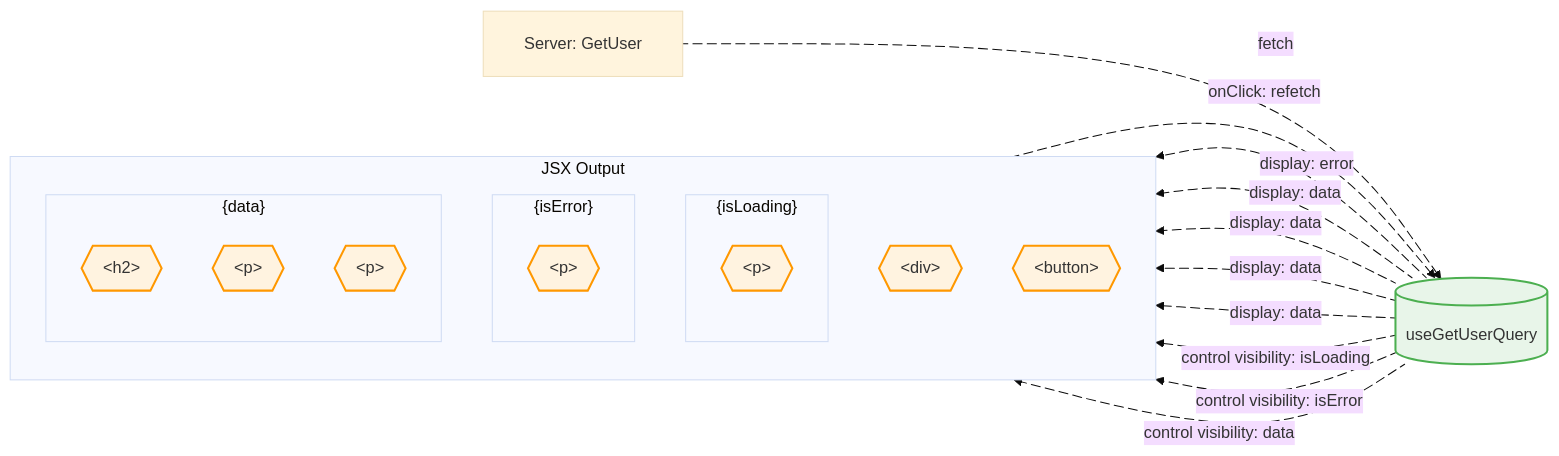
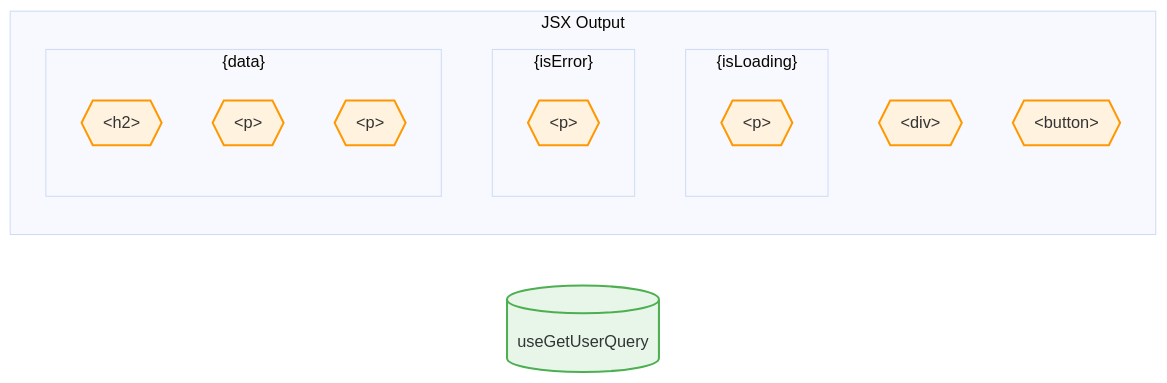
The diagram in examples/react-vite/src/components/200-RTKQuery-APIEndpoint.mmd (shibukawa/web-component-analyzer), drawn with Mermaid before and after one commit. The commit also changed 56 other files, not shown here.

```diff
--- a/examples/react-vite/src/components/200-RTKQuery-APIEndpoint.mmd
+++ b/examples/react-vite/src/components/200-RTKQuery-APIEndpoint.mmd
@@ -1,71 +1,50 @@
 %%{init: {'theme': 'base', 'themeVariables': {'fontFamily': 'Comic Sans MS, cursive'}, 'flowchart': {'curve': 'basis', 'padding': 20}}}%%
 flowchart LR
-  server_0["Server: GetUser"]
-  library_hook_1[("useGetUserQuery")]
+  composable_0[("useGetUserQuery")]
   jsx_element_0["p"]
   jsx_element_1["p"]
   jsx_element_6["div"]
   jsx_element_2["h2"]
   jsx_element_3["p"]
   jsx_element_4["p"]
   jsx_element_5["button"]
   subgraph_1@{ shape: hex, label: "{isLoading}" }
   subgraph_2@{ shape: hex, label: "{isError}" }
   subgraph_3@{ shape: hex, label: "{data}" }
   subgraph subgraph_0["JSX Output"]
     direction TB
     subgraph subgraph_1["{isLoading}"]
       direction TB
         jsx_element_0@{ shape: hex, label: "&lt;p&gt;" }
     end
     subgraph subgraph_2["{isError}"]
       direction TB
         jsx_element_1@{ shape: hex, label: "&lt;p&gt;" }
     end
       jsx_element_6@{ shape: hex, label: "&lt;div&gt;" }
     subgraph subgraph_3["{data}"]
       direction TB
         jsx_element_2@{ shape: hex, label: "&lt;h2&gt;" }
         jsx_element_3@{ shape: hex, label: "&lt;p&gt;" }
         jsx_element_4@{ shape: hex, label: "&lt;p&gt;" }
     end
       jsx_element_5@{ shape: hex, label: "&lt;button&gt;" }
   end
-  server_0 eserver_0_library_hook_1@-->|"fetch"| library_hook_1
-  eserver_0_library_hook_1@{ animate: true }
-  library_hook_1 elibrary_hook_1_subgraph_1@-->|"control visibility: isLoading"| subgraph_1
-  elibrary_hook_1_subgraph_1@{ animate: true }
-  library_hook_1 elibrary_hook_1_subgraph_2@-->|"control visibility: isError"| subgraph_2
-  elibrary_hook_1_subgraph_2@{ animate: true }
-  library_hook_1 elibrary_hook_1_subgraph_3@-->|"control visibility: data"| subgraph_3
-  elibrary_hook_1_subgraph_3@{ animate: true }
-  library_hook_1 elibrary_hook_1_jsx_element_1@-->|"display: error"| jsx_element_1
-  elibrary_hook_1_jsx_element_1@{ animate: true }
-  library_hook_1 elibrary_hook_1_jsx_element_6@-->|"display: data"| jsx_element_6
-  elibrary_hook_1_jsx_element_6@{ animate: true }
-  library_hook_1 elibrary_hook_1_jsx_element_2@-->|"display: data"| jsx_element_2
-  elibrary_hook_1_jsx_element_2@{ animate: true }
-  library_hook_1 elibrary_hook_1_jsx_element_3@-->|"display: data"| jsx_element_3
-  elibrary_hook_1_jsx_element_3@{ animate: true }
-  library_hook_1 elibrary_hook_1_jsx_element_4@-->|"display: data"| jsx_element_4
-  elibrary_hook_1_jsx_element_4@{ animate: true }
-  jsx_element_5 ejsx_element_5_library_hook_1@-->|"onClick: refetch"| library_hook_1
-  ejsx_element_5_library_hook_1@{ animate: true }
 
   %% Styling
   classDef inputProp fill:#E3F2FD,stroke:#2196F3,stroke-width:2px
   classDef outputProp fill:#FFF3E0,stroke:#FF9800,stroke-width:2px
   classDef process fill:#F3E5F5,stroke:#9C27B0,stroke-width:3px
   classDef dataStore fill:#E8F5E9,stroke:#4CAF50,stroke-width:2px
   classDef jsxElement fill:#FFF3E0,stroke:#FF9800,stroke-width:2px
   classDef contextData fill:#E1F5FE,stroke:#0288D1,stroke-width:2px
   classDef contextFunction fill:#FFF9C4,stroke:#F57C00,stroke-width:2px
   classDef exportedHandler fill:#E8F5E9,stroke:#4CAF50,stroke-width:2px
-  class library_hook_1 dataStore
+  class composable_0 dataStore
   class jsx_element_0 jsxElement
   class jsx_element_1 jsxElement
   class jsx_element_6 jsxElement
   class jsx_element_2 jsxElement
   class jsx_element_3 jsxElement
   class jsx_element_4 jsxElement
   class jsx_element_5 jsxElement
```
